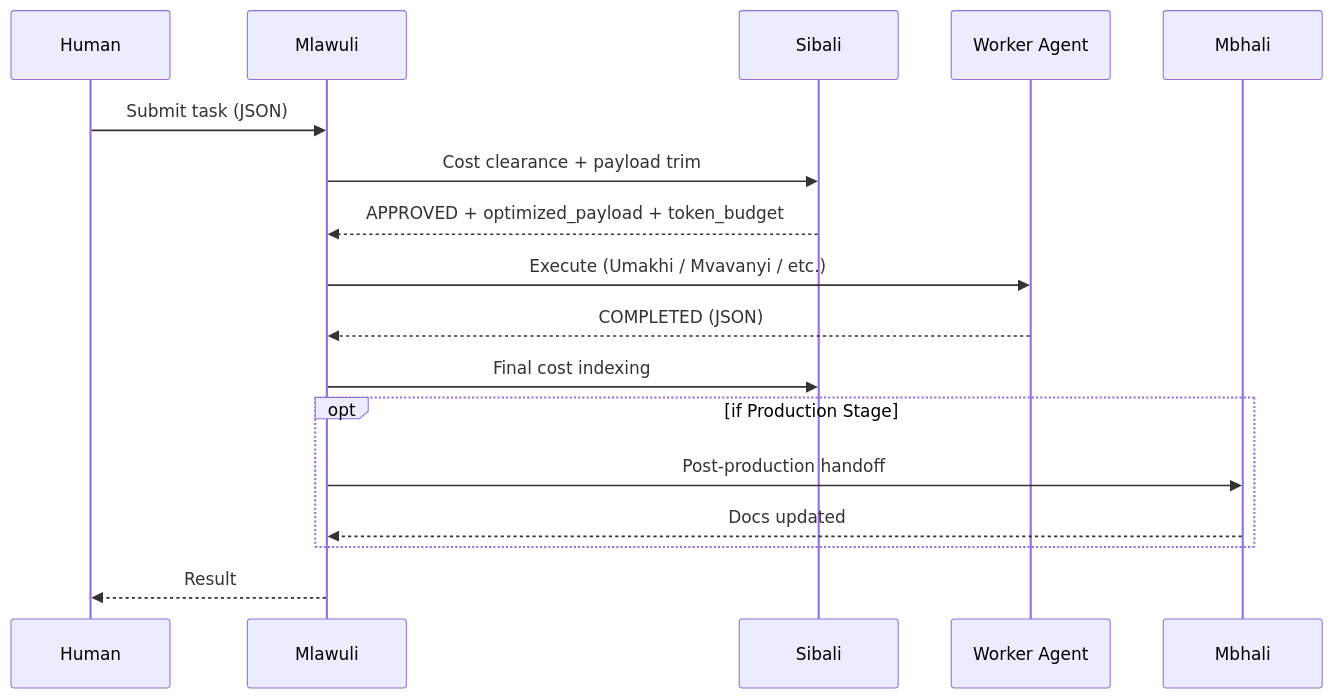
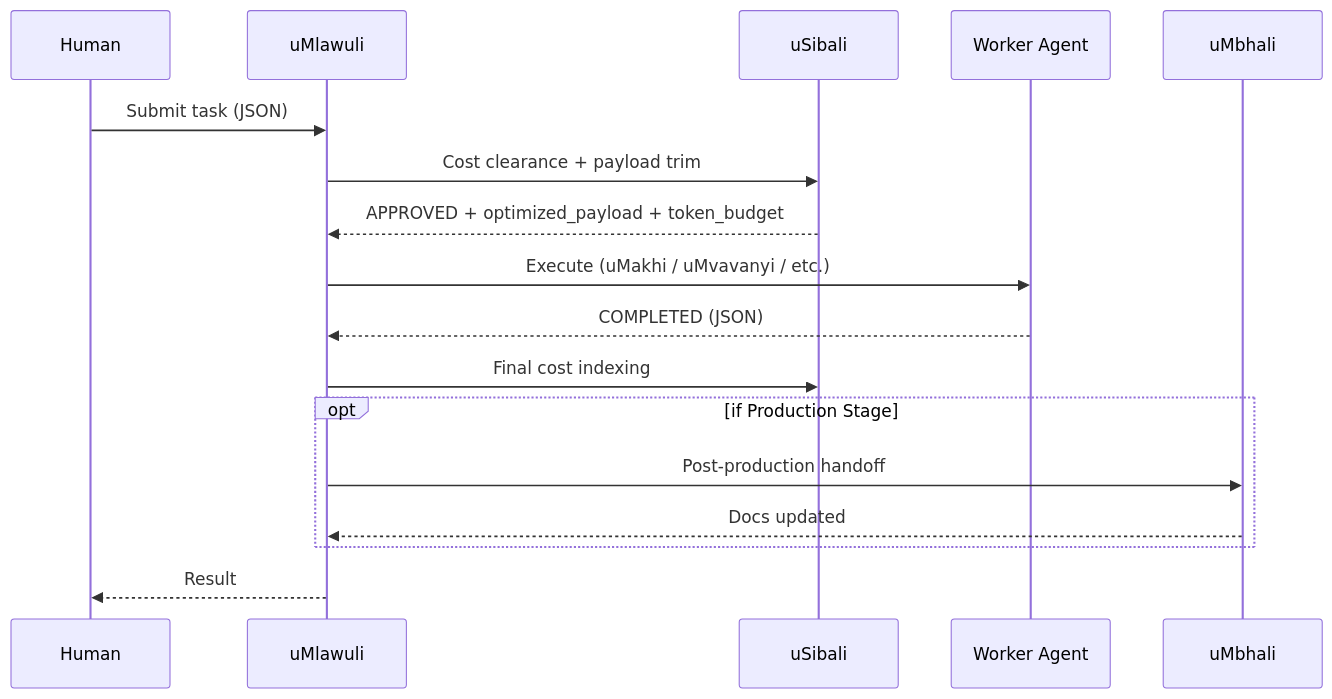
Before and after one commit to jubhele/DevWork: the fourth of 4 diagrams in GovTender/docs/system_architecture.md, drawn with Mermaid. The commit also changed other lines of this file and 130 other files, not shown here.

````diff
--- a/GovTender/docs/system_architecture.md
+++ b/GovTender/docs/system_architecture.md
@@ -162,20 +162,20 @@
 ```mermaid
 sequenceDiagram
     participant H as Human
-    participant ML as Mlawuli
-    participant SB as Sibali
+    participant ML as uMlawuli
+    participant SB as uSibali
     participant W as Worker Agent
-    participant MB as Mbhali
+    participant MB as uMbhali
 
     H->>ML: Submit task (JSON)
     ML->>SB: Cost clearance + payload trim
     SB-->>ML: APPROVED + optimized_payload + token_budget
-    ML->>W: Execute (Umakhi / Mvavanyi / etc.)
+    ML->>W: Execute (uMakhi / uMvavanyi / etc.)
     W-->>ML: COMPLETED (JSON)
     ML->>SB: Final cost indexing
     opt if Production Stage
         ML->>MB: Post-production handoff
         MB-->>ML: Docs updated
     end
     ML-->>H: Result
 ```
````
